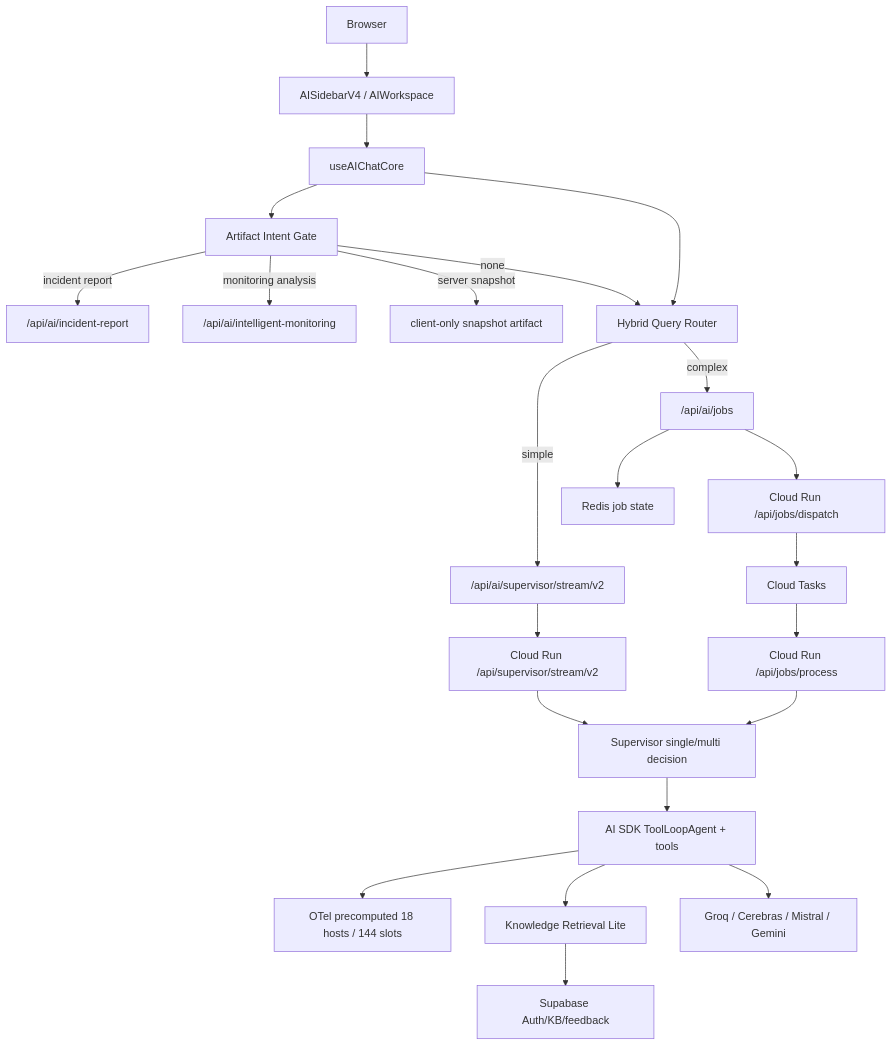
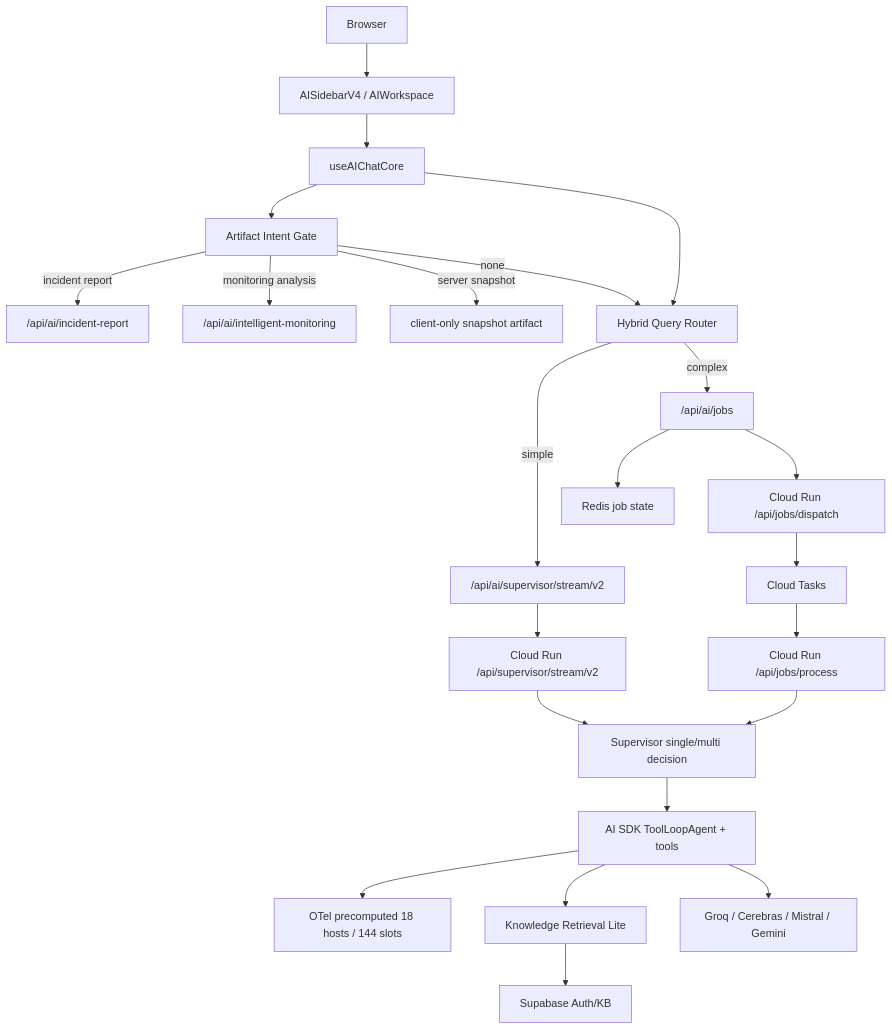
One commit to skyasu2/openmanager-ai changed the first of 2 diagrams in docs/reference/architecture/ai/ai-assistant-initial-design-comparison.md. Above: the diagram before and after it, drawn with Mermaid. The commit also changed other lines of this file and 41 other files, not shown here.

````diff
--- a/docs/reference/architecture/ai/ai-assistant-initial-design-comparison.md
+++ b/docs/reference/architecture/ai/ai-assistant-initial-design-comparison.md
@@ -130,28 +130,28 @@
 ```mermaid
 flowchart TB
     User["Browser"] --> UI["AISidebarV4 / AIWorkspace"]
     UI --> Core["useAIChatCore"]
     Core --> Intent["Artifact Intent Gate"]
     Core --> Router["Hybrid Query Router"]
 
     Intent -->|incident report| IncidentAPI["/api/ai/incident-report"]
     Intent -->|monitoring analysis| MonitoringAPI["/api/ai/intelligent-monitoring"]
     Intent -->|server snapshot| LocalSnapshot["client-only snapshot artifact"]
     Intent -->|none| Router
 
     Router -->|simple| StreamV2["/api/ai/supervisor/stream/v2"]
     Router -->|complex| Jobs["/api/ai/jobs"]
     StreamV2 --> CloudRun["Cloud Run /api/supervisor/stream/v2"]
     Jobs --> Redis["Redis job state"]
     Jobs --> Dispatch["Cloud Run /api/jobs/dispatch"]
     Dispatch --> Tasks["Cloud Tasks"]
     Tasks --> Worker["Cloud Run /api/jobs/process"]
 
     CloudRun --> Supervisor["Supervisor single/multi decision"]
     Supervisor --> Agent["AI SDK ToolLoopAgent + tools"]
     Agent --> Data["OTel precomputed 18 hosts / 144 slots"]
     Agent --> KB["Knowledge Retrieval Lite"]
-    KB --> Supabase["Supabase Auth/KB/feedback"]
+    KB --> Supabase["Supabase Auth/KB"]
     Agent --> Providers["Groq / Cerebras / Mistral / Gemini"]
     Worker --> Supervisor
 ```
````
